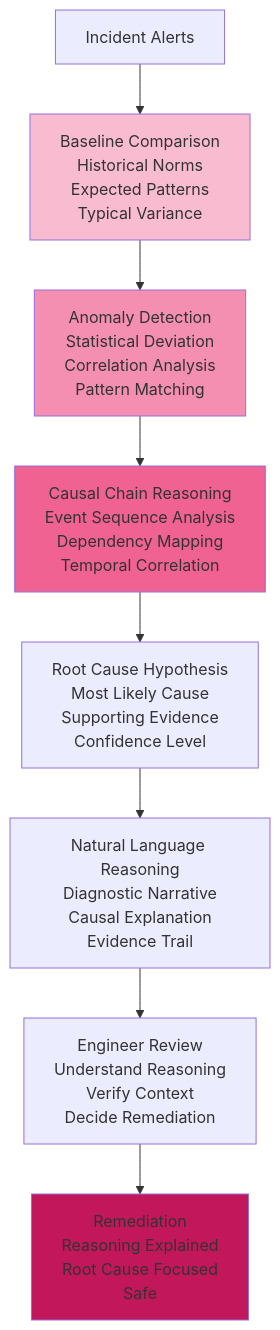
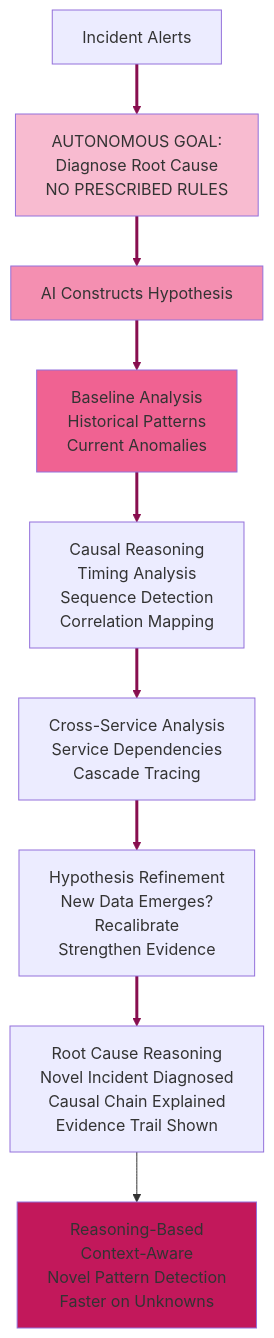
Before and after one commit to whatevergeek/agentic_vs_deterministic: the ninth of 18 diagrams in debate_shortlisted_topics_slide_prep.md, drawn with Mermaid. The commit also changed other lines of this file, not shown here.

````diff
--- a/debate_shortlisted_topics_slide_prep.md
+++ b/debate_shortlisted_topics_slide_prep.md
@@ -349,15 +381,18 @@
 ```mermaid
 graph TD
-    A["Incident Alerts"] --> B["Baseline Comparison<br/>Historical Norms<br/>Expected Patterns<br/>Typical Variance"]
-    B --> C["Anomaly Detection<br/>Statistical Deviation<br/>Correlation Analysis<br/>Pattern Matching"]
-    C --> D["Causal Chain Reasoning<br/>Event Sequence Analysis<br/>Dependency Mapping<br/>Temporal Correlation"]
-    D --> E["Root Cause Hypothesis<br/>Most Likely Cause<br/>Supporting Evidence<br/>Confidence Level"]
-    E --> F["Natural Language Reasoning<br/>Diagnostic Narrative<br/>Causal Explanation<br/>Evidence Trail"]
-    F --> G["Engineer Review<br/>Understand Reasoning<br/>Verify Context<br/>Decide Remediation"]
-    G --> H["Remediation<br/>Reasoning Explained<br/>Root Cause Focused<br/>Safe"]
+    A["Incident Alerts"] --> B["AUTONOMOUS GOAL:<br/>Diagnose Root Cause<br/>NO PRESCRIBED RULES"]
+    B --> C["AI Constructs Hypothesis"]
+    C --> D["Baseline Analysis<br/>Historical Patterns<br/>Current Anomalies"]
+    D --> E["Causal Reasoning<br/>Timing Analysis<br/>Sequence Detection<br/>Correlation Mapping"]
+    E --> F["Cross-Service Analysis<br/>Service Dependencies<br/>Cascade Tracing"]
+    F --> G["Hypothesis Refinement<br/>New Data Emerges?<br/>Recalibrate<br/>Strengthen Evidence"]
+    G --> H["Root Cause Reasoning<br/>Novel Incident Diagnosed<br/>Causal Chain Explained<br/>Evidence Trail Shown"]
+    H --> I["Reasoning-Based<br/>Context-Aware<br/>Novel Pattern Detection<br/>Faster on Unknowns"]
     
     style B fill:#f8bbd0
     style C fill:#f48fb1
     style D fill:#f06292
-    style H fill:#c2185b
+    style I fill:#c2185b
+    
+    linkStyle 0,1,2,3,4,5,6 stroke:#880e4f,stroke-width:3px
 ```
````
